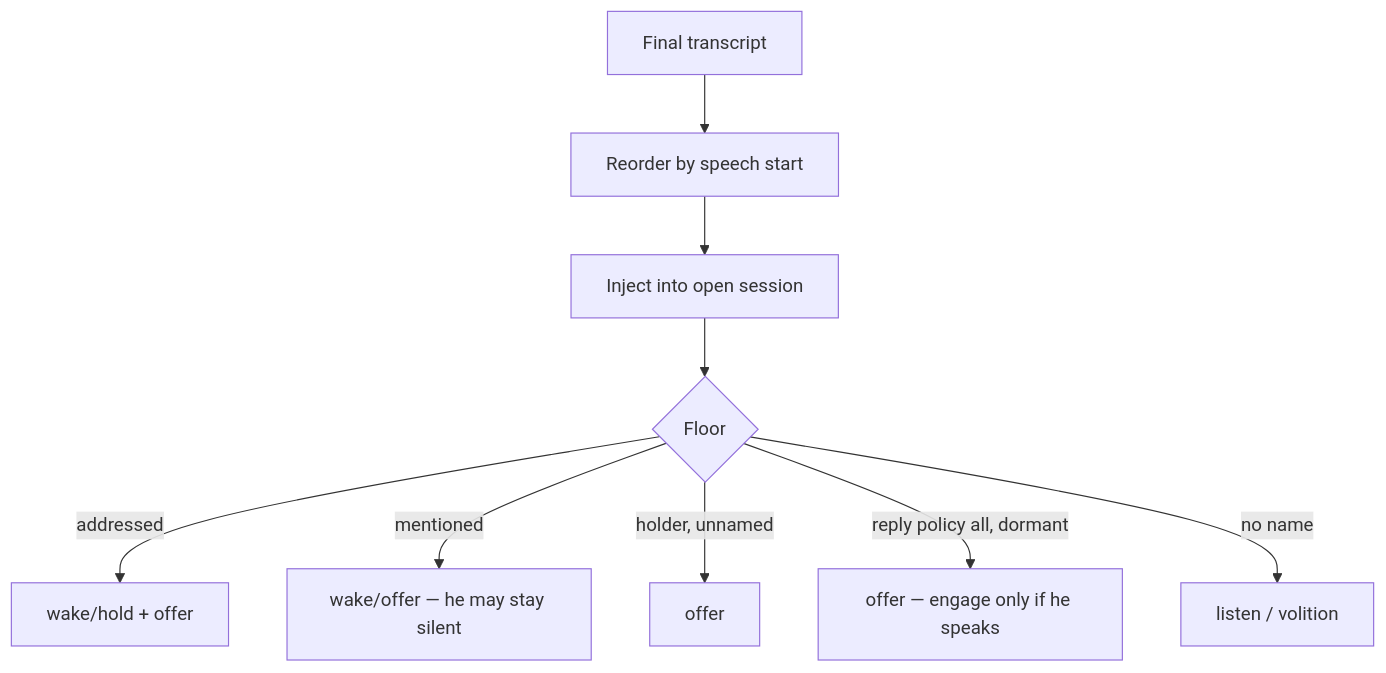
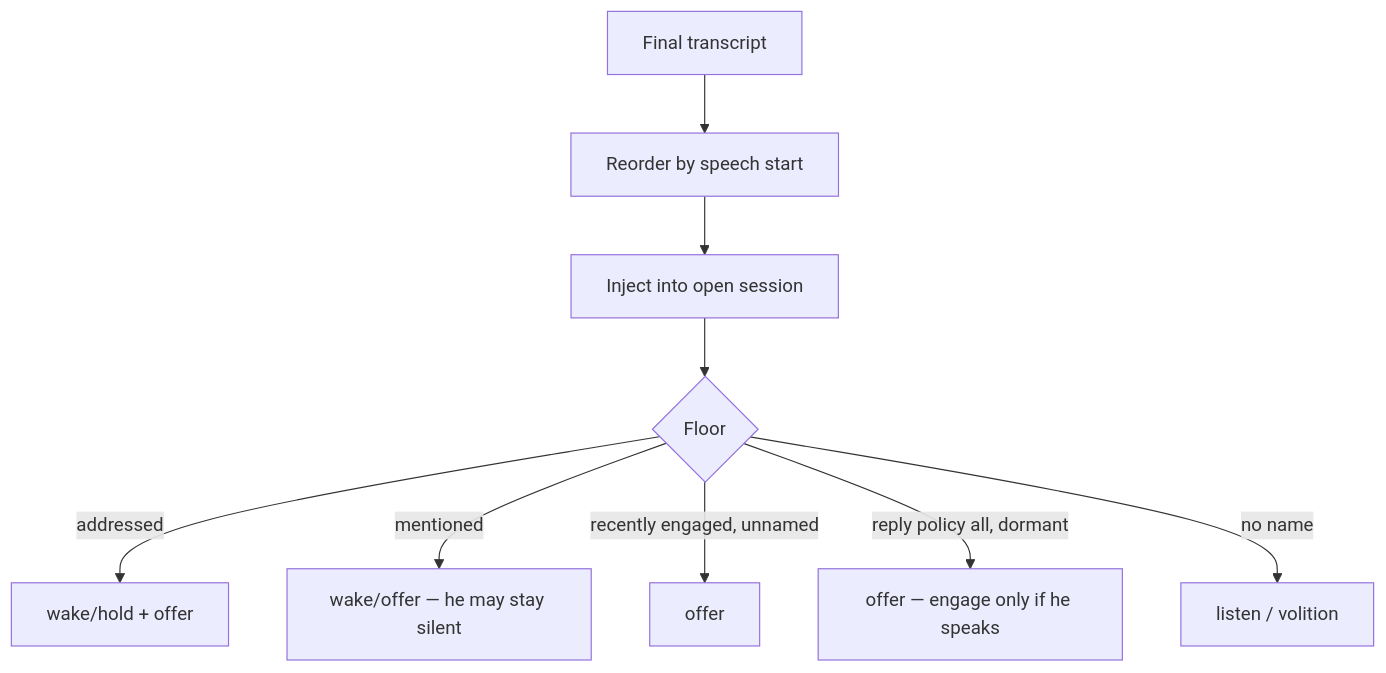
One commit to Volpestyle/clankie changed the diagram in docs/adr/0119-the-room-is-heard-the-floor-is-who-he-answers.md. Above: the diagram before and after it, drawn with Mermaid. The commit also changed other lines of this file and 20 other files, not shown here.

````diff
--- a/docs/adr/0119-the-room-is-heard-the-floor-is-who-he-answers.md
+++ b/docs/adr/0119-the-room-is-heard-the-floor-is-who-he-answers.md
@@ -27,11 +37,11 @@
 ```mermaid
 flowchart TD
   T[Final transcript] --> R[Reorder by speech start]
   R --> H[Inject into open session]
   H --> F{Floor}
   F -->|addressed| S[wake/hold + offer]
   F -->|mentioned| M[wake/offer — he may stay silent]
-  F -->|holder, unnamed| O[offer]
+  F -->|recently engaged, unnamed| O[offer]
   F -->|reply policy all, dormant| P[offer — engage only if he speaks]
   F -->|no name| L[listen / volition]
 ```
````
